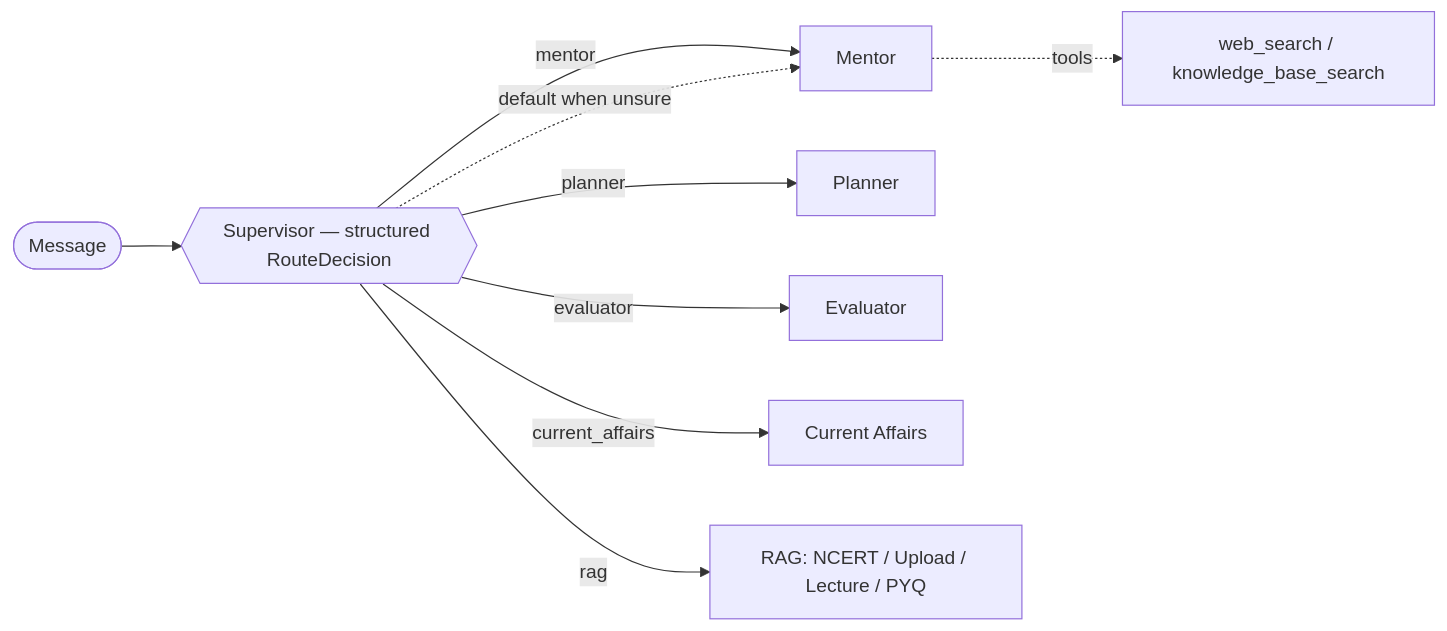
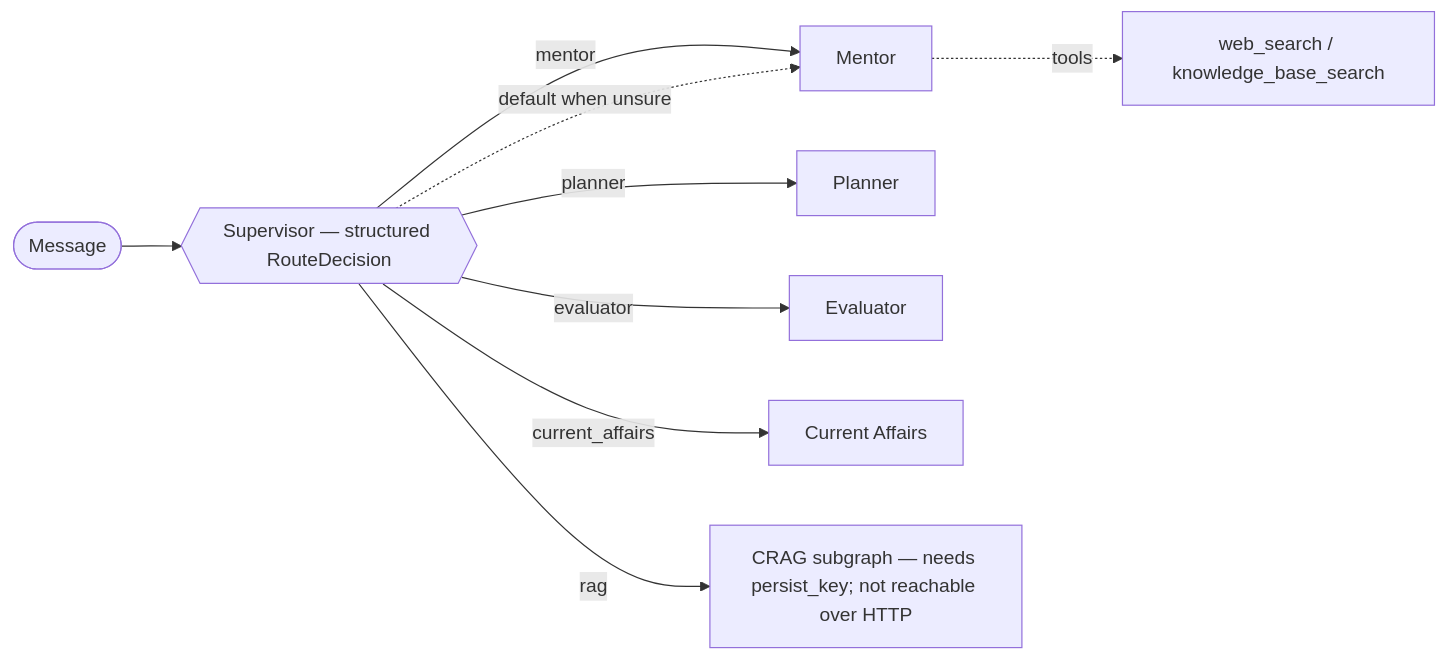
One commit to Vishal-AI-ML-Dev/UPSC-AI-PRO changed the third of 4 diagrams in README.md. Above: the diagram before and after it, drawn with Mermaid. The commit also changed other lines of this file and 9 other files, not shown here.

````diff
--- a/README.md
+++ b/README.md
@@ -117,11 +118,11 @@
 ```mermaid
 flowchart LR
     Q([Message]) --> S{{Supervisor — structured RouteDecision}}
     S -->|mentor| M[Mentor]
     S -->|planner| P[Planner]
     S -->|evaluator| E[Evaluator]
     S -->|current_affairs| C[Current Affairs]
-    S -->|rag| R[RAG: NCERT / Upload / Lecture / PYQ]
+    S -->|rag| R[CRAG subgraph — needs persist_key; not reachable over HTTP]
     M -.tools.-> T[web_search / knowledge_base_search]
     S -.default when unsure.-> M
 ```
````
